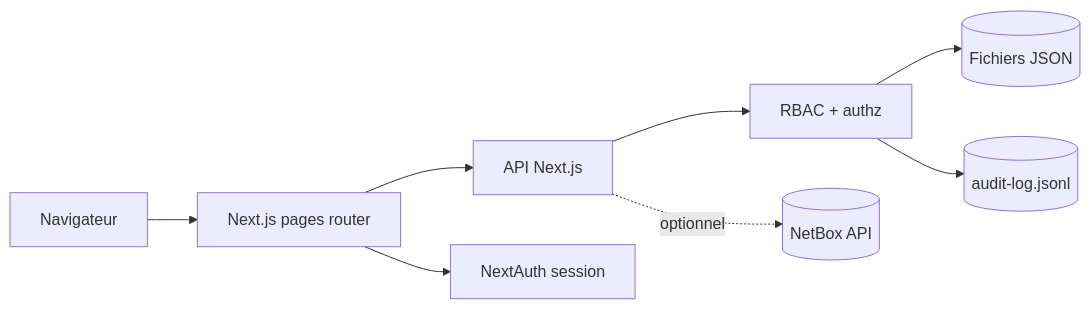
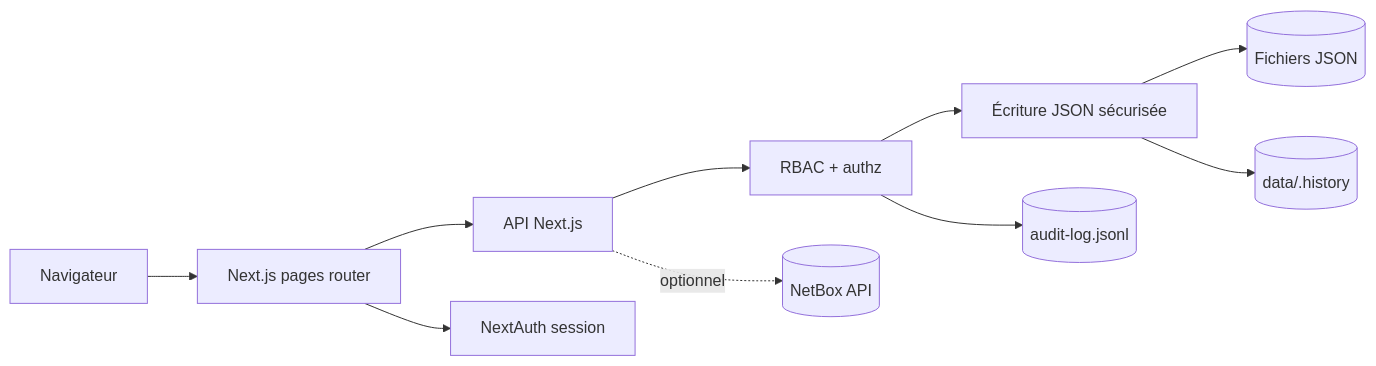
One commit to lquastana/it-lanscape changed the diagram in docs/architecture.md. Above: the diagram before and after it, drawn with Mermaid. The commit also changed other lines of this file and 8 other files, not shown here.

````diff
--- a/docs/architecture.md
+++ b/docs/architecture.md
@@ -5,10 +5,12 @@
 ```mermaid
 flowchart LR
   Browser[Navigateur] --> UI[Next.js pages router]
   UI --> API[API Next.js]
   UI --> Auth[NextAuth session]
   API --> Guard[RBAC + authz]
-  Guard --> JSON[(Fichiers JSON)]
+  Guard --> Store[Écriture JSON sécurisée]
+  Store --> JSON[(Fichiers JSON)]
+  Store --> History[(data/.history)]
   Guard --> Audit[(audit-log.jsonl)]
   API -. optionnel .-> NetBox[(NetBox API)]
 ```
````
